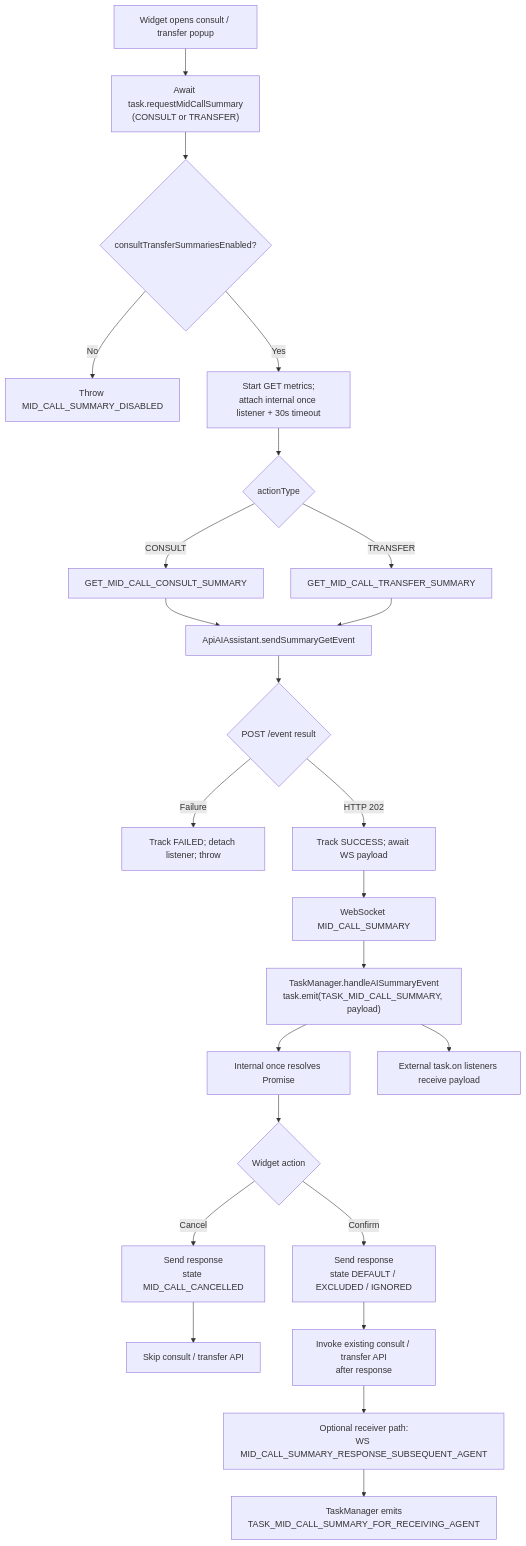
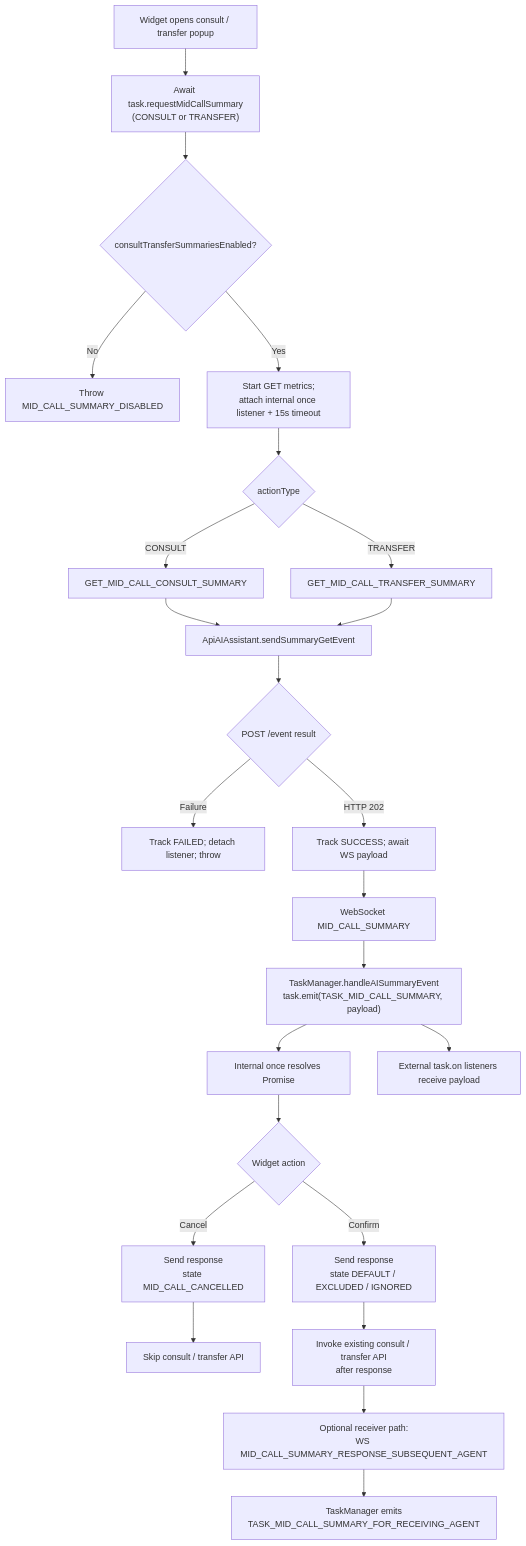
Before and after one commit to webex/widgets: the second of 3 diagrams in ai-summary.md, drawn with Mermaid. The commit also changed other lines of this file and 1 other file, not shown here.

Commit message:
Consolidated single AI summary timeout in requirement

````diff
--- a/ai-summary.md
+++ b/ai-summary.md
@@ -529,39 +529,39 @@
 ```mermaid
 flowchart TD
   Start["Widget opens consult / transfer popup"]
   Request["Await task.requestMidCallSummary<br/>(CONSULT or TRANSFER)"]
   Validate{"consultTransferSummariesEnabled?"}
   Disabled["Throw MID_CALL_SUMMARY_DISABLED"]
-  Prepare["Start GET metrics;<br/>attach internal once listener + 30s timeout"]
+  Prepare["Start GET metrics;<br/>attach internal once listener + 15s timeout"]
   Select{"actionType"}
   Consult["GET_MID_CALL_CONSULT_SUMMARY"]
   Transfer["GET_MID_CALL_TRANSFER_SUMMARY"]
   Send["ApiAIAssistant.sendSummaryGetEvent"]
   Http{"POST /event result"}
   Fail["Track FAILED; detach listener; throw"]
   Await["Track SUCCESS; await WS payload"]
   WS["WebSocket MID_CALL_SUMMARY"]
   Route["TaskManager.handleAISummaryEvent<br/>task.emit(TASK_MID_CALL_SUMMARY, payload)"]
   Resolve["Internal once resolves Promise"]
   External["External task.on listeners receive payload"]
   Choice{"Widget action"}
   Cancel["Send response<br/>state MID_CALL_CANCELLED"]
   Confirm["Send response<br/>state DEFAULT / EXCLUDED / IGNORED"]
   Skip["Skip consult / transfer API"]
   Continue["Invoke existing consult / transfer API<br/>after response"]
   Receiver["Optional receiver path:<br/>WS MID_CALL_SUMMARY_RESPONSE_SUBSEQUENT_AGENT"]
   ReceiverEmit["TaskManager emits<br/>TASK_MID_CALL_SUMMARY_FOR_RECEIVING_AGENT"]
 
   Start --> Request --> Validate
   Validate -- No --> Disabled
   Validate -- Yes --> Prepare --> Select
   Select -- CONSULT --> Consult --> Send
   Select -- TRANSFER --> Transfer --> Send
   Send --> Http
   Http -- Failure --> Fail
   Http -- HTTP 202 --> Await --> WS --> Route
   Route --> Resolve --> Choice
   Route --> External
   Choice -- Cancel --> Cancel --> Skip
   Choice -- Confirm --> Confirm --> Continue --> Receiver --> ReceiverEmit
 ```
````
